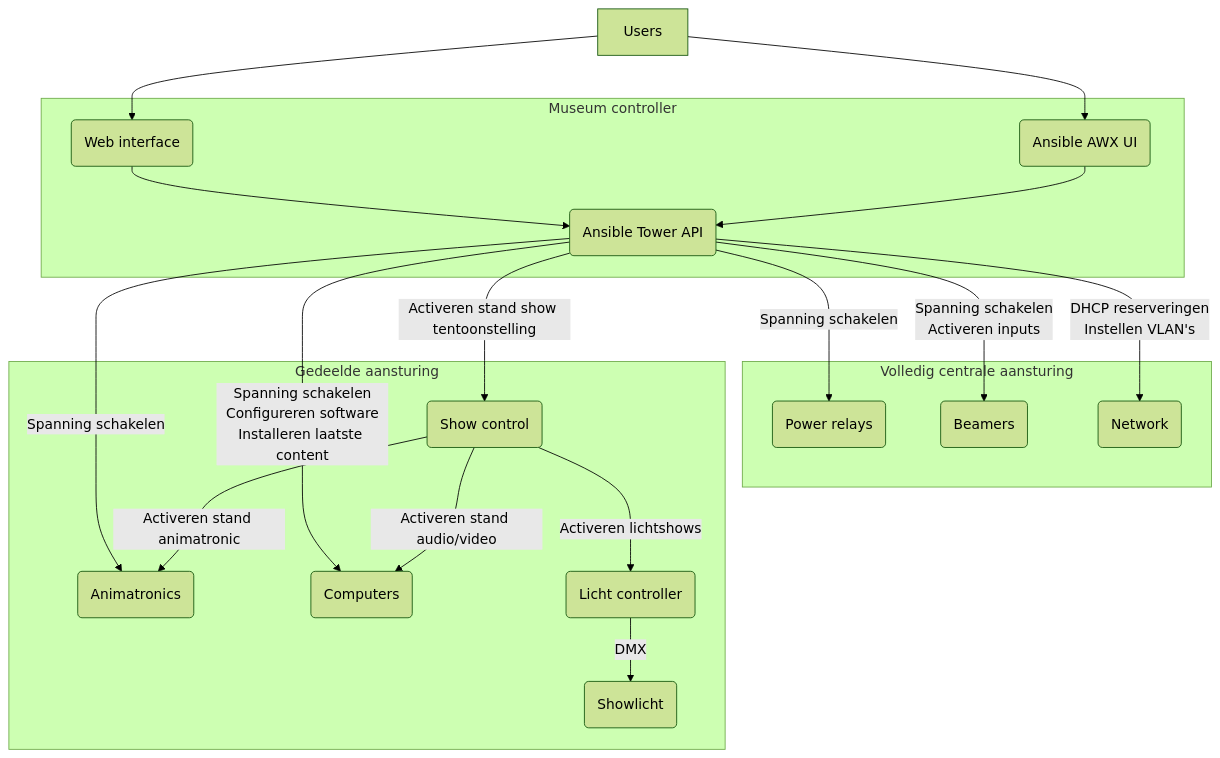
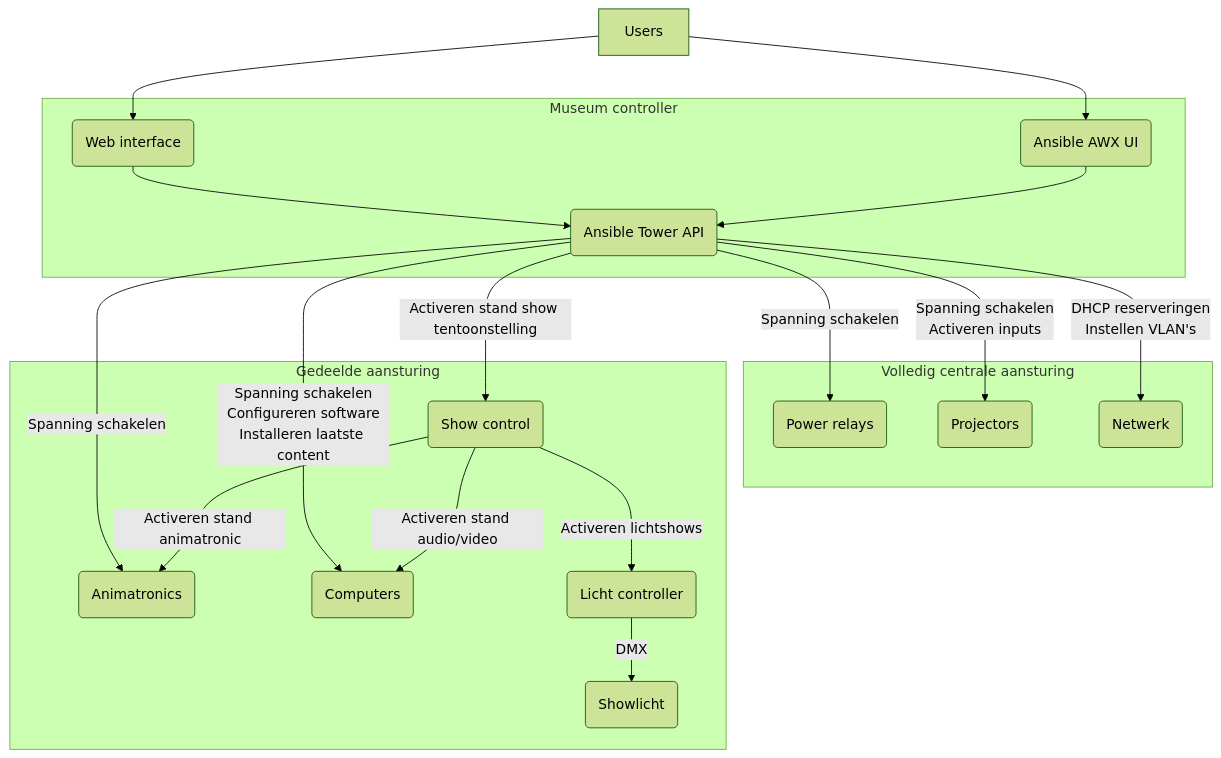
One commit to woutermbrink/naturalis-docs changed the diagram in content/design/showcontrol.md. Above: the diagram before and after it, drawn with Mermaid (forest theme). The commit also changed other lines of this file, not shown here.

````diff
--- a/content/design/showcontrol.md
+++ b/content/design/showcontrol.md
@@ -3,23 +74,23 @@
 ```mermaid
 graph TD
     A[Users] --> B(Web interface)
     A[Users] --> C(Ansible AWX UI)
     subgraph Museum controller
     B --> D(Ansible Tower API)
     C --> D
     end
     D -->|Activeren stand show tentoonstelling| E(Show control)
     D -->|Spanning schakelen| G(Animatronics)
     D -->|Spanning schakelen<br/>Configureren software<br/>Installeren laatste content| F(Computers)
     subgraph Volledig centrale aansturing
     D -->|Spanning schakelen| H(Power relays)
-    D -->|Spanning schakelen<br/>Activeren inputs| I(Beamers)
-    D -->|DHCP reserveringen<br/>Instellen VLAN's| J(Network)
+    D -->|Spanning schakelen<br/>Activeren inputs| I(Projectors)
+    D -->|DHCP reserveringen<br/>Instellen VLAN's| J(Netwerk)
     end
     subgraph Gedeelde aansturing
     E -->|Activeren lichtshows| K(Licht controller)
     E -->|Activeren stand audio/video| F
     E -->|Activeren stand animatronic| G
     K -->|DMX| L(Showlicht)
     end
 ```
````
